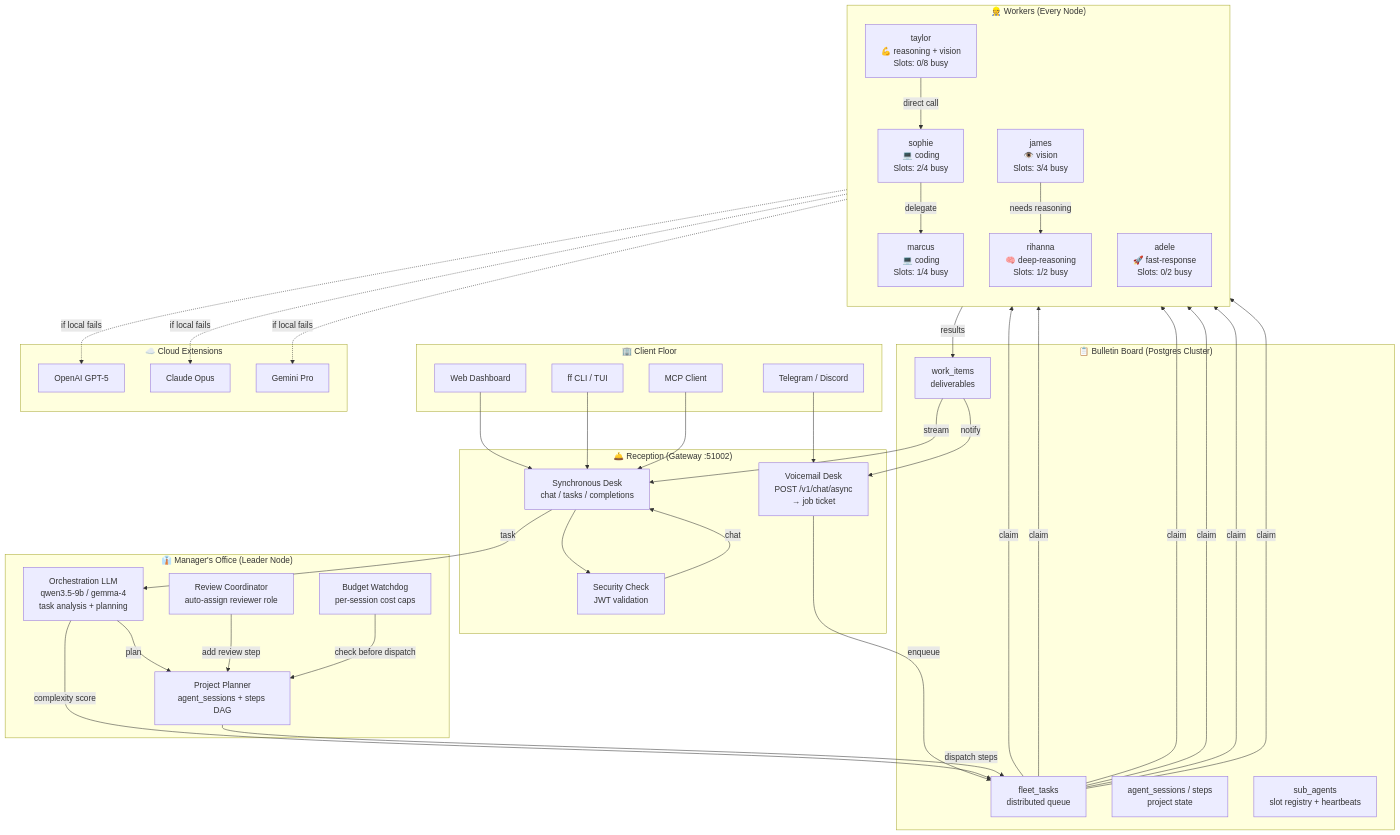
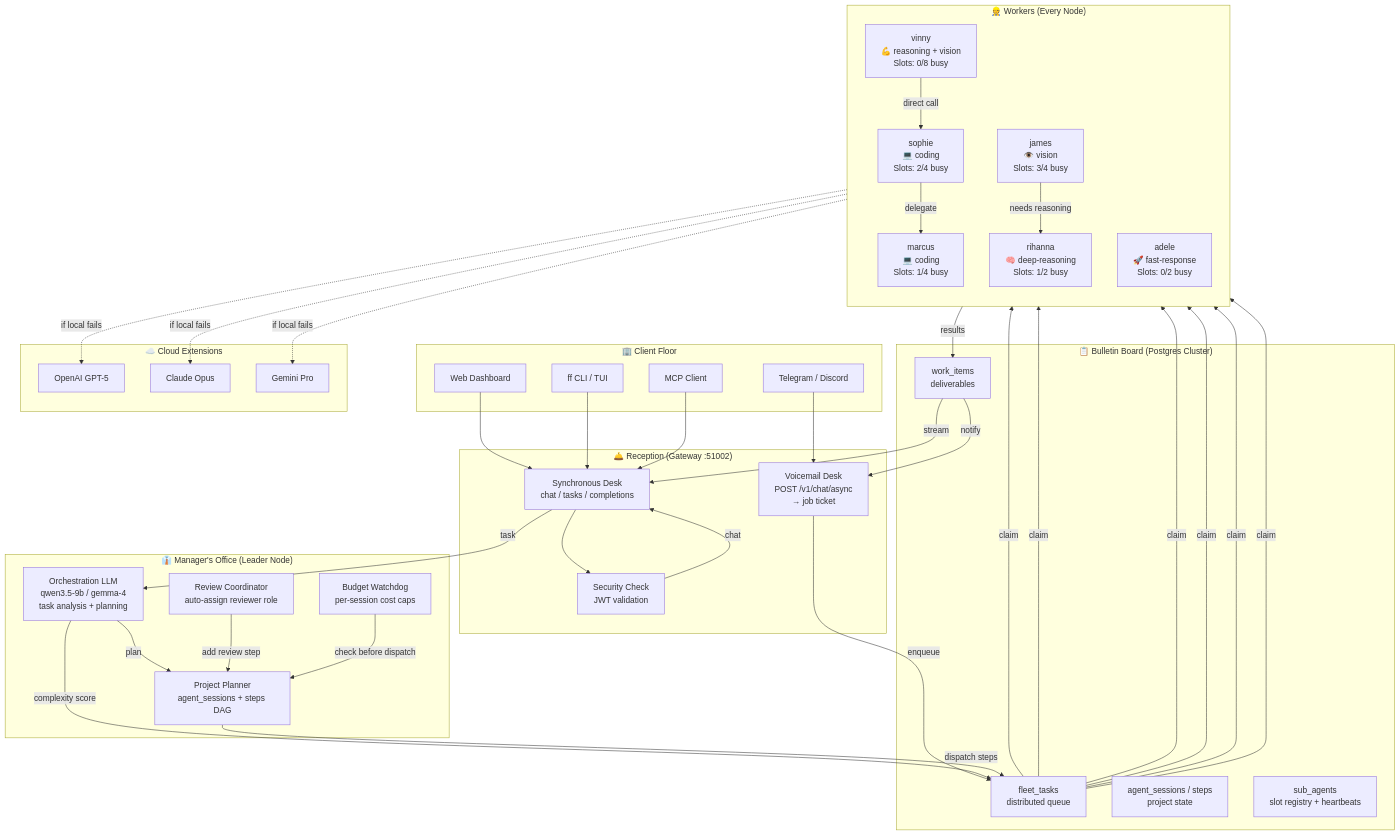
One commit to venkatyarl/forge-fleet changed the diagram in docs/FLEET_OFFICE_ARCHITECTURE.md. Above: the diagram before and after it, drawn with Mermaid. The commit also changed other lines of this file and 53 other files, not shown here.

First line of the commit message:
refactor(fleet): deeper taylor→vinny rename — scripts, deploy/HA, docs, dashboard, sql

````diff
--- a/docs/FLEET_OFFICE_ARCHITECTURE.md
+++ b/docs/FLEET_OFFICE_ARCHITECTURE.md
@@ -231,80 +231,80 @@
 ```mermaid
 flowchart TB
     subgraph Client["🏢 Client Floor"]
         C1["Web Dashboard"]
         C2["ff CLI / TUI"]
         C3["Telegram / Discord"]
         C4["MCP Client"]
     end
 
     subgraph Reception["🛎️ Reception (Gateway :51002)"]
         SYNC["Synchronous Desk<br/>chat / tasks / completions"]
         ASYNC["Voicemail Desk<br/>POST /v1/chat/async<br/>→ job ticket"]
         JWT["Security Check<br/>JWT validation"]
     end
 
     subgraph Manager["👔 Manager's Office (Leader Node)"]
         ORCH["Orchestration LLM<br/>qwen3.5-9b / gemma-4<br/>task analysis + planning"]
         SESS["Project Planner<br/>agent_sessions + steps DAG"]
         REV["Review Coordinator<br/>auto-assign reviewer role"]
         BUD["Budget Watchdog<br/>per-session cost caps"]
     end
 
     subgraph Board["📋 Bulletin Board (Postgres Cluster)"]
         FT["fleet_tasks<br/>distributed queue"]
         AS["agent_sessions / steps<br/>project state"]
         SA["sub_agents<br/>slot registry + heartbeats"]
         WI["work_items<br/>deliverables"]
     end
 
     subgraph Workers["👷 Workers (Every Node)"]
         direction TB
-        W1["taylor<br/>💪 reasoning + vision<br/>Slots: 0/8 busy"]
+        W1["vinny<br/>💪 reasoning + vision<br/>Slots: 0/8 busy"]
         W2["sophie<br/>💻 coding<br/>Slots: 2/4 busy"]
         W3["marcus<br/>💻 coding<br/>Slots: 1/4 busy"]
         W4["james<br/>👁️ vision<br/>Slots: 3/4 busy"]
         W5["adele<br/>🚀 fast-response<br/>Slots: 0/2 busy"]
         W6["rihanna<br/>🧠 deep-reasoning<br/>Slots: 1/2 busy"]
     end
 
     subgraph Cloud["☁️ Cloud Extensions"]
         CL1["OpenAI GPT-5"]
         CL2["Claude Opus"]
         CL3["Gemini Pro"]
     end
 
     C1 --> SYNC
     C2 --> SYNC
     C3 --> ASYNC
     C4 --> SYNC
 
     SYNC --> JWT
     JWT -->|chat| SYNC
     SYNC -->|task| ORCH
     ASYNC -->|enqueue| FT
 
     ORCH -->|plan| SESS
     ORCH -->|complexity score| FT
     SESS -->|dispatch steps| FT
     REV -->|add review step| SESS
     BUD -->|check before dispatch| SESS
 
     FT -->|claim| W1
     FT -->|claim| W2
     FT -->|claim| W3
     FT -->|claim| W4
     FT -->|claim| W5
     FT -->|claim| W6
 
     W1 -->|direct call| W2
     W2 -->|delegate| W3
     W4 -->|needs reasoning| W6
 
     W1 -.->|if local fails| CL1
     W2 -.->|if local fails| CL2
     W6 -.->|if local fails| CL3
 
     Workers -->|results| WI
     WI -->|notify| ASYNC
     WI -->|stream| SYNC
 ```
````
